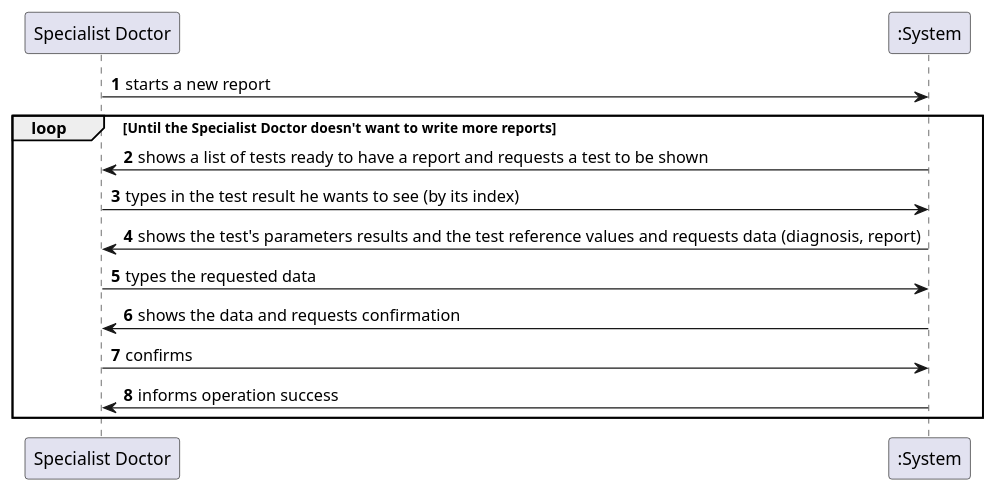
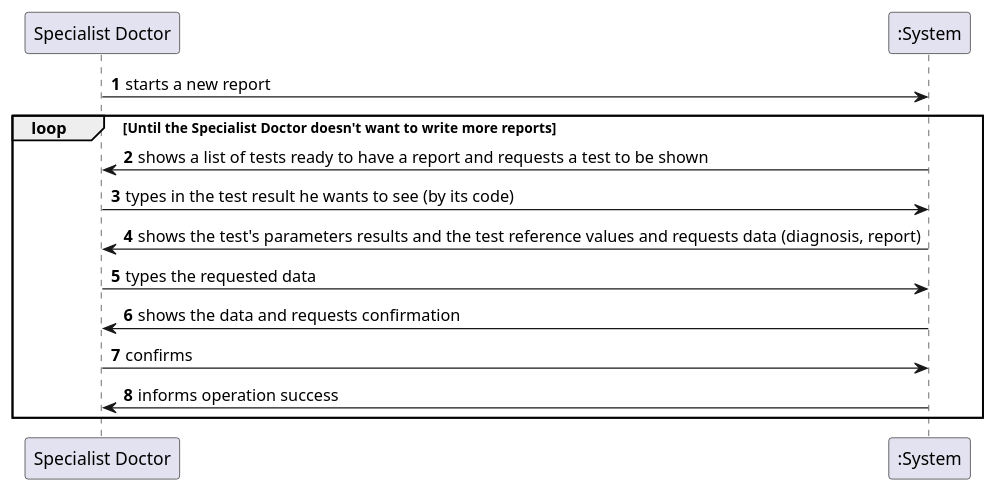
Before and after one commit to MadDinosaur/ISEP-LAPR2: the diagram in docs/SprintC/US14/US14_SSD.puml, drawn with PlantUML. The commit also changed 1 other file, not shown here.

Commit message:
Implemented most of the code for the UI.

```diff
--- a/docs/SprintC/US14/US14_SSD.puml
+++ b/docs/SprintC/US14/US14_SSD.puml
@@ -1,15 +1,15 @@
 @startuml
 
 autonumber
 
 "Specialist Doctor" -> ":System": starts a new report
 loop Until the Specialist Doctor doesn't want to write more reports
 ":System" -> "Specialist Doctor": shows a list of tests ready to have a report and requests a test to be shown
-"Specialist Doctor" -> ":System": types in the test result he wants to see (by its index)
+"Specialist Doctor" -> ":System": types in the test result he wants to see (by its code)
 ":System" -> "Specialist Doctor": shows the test's parameters results and the test reference values and requests data (diagnosis, report)
 "Specialist Doctor" -> ":System": types the requested data
 ":System" -> "Specialist Doctor": shows the data and requests confirmation
 "Specialist Doctor" -> ":System": confirms
 ":System" -> "Specialist Doctor": informs operation success
 end loop
 @enduml
```
